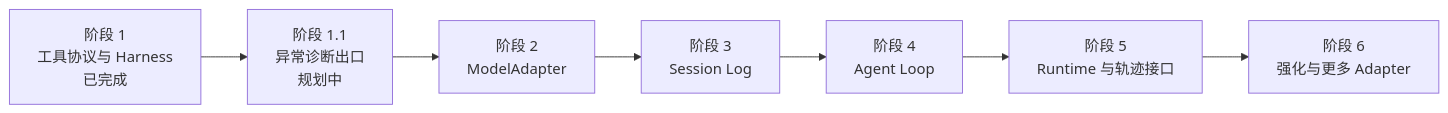
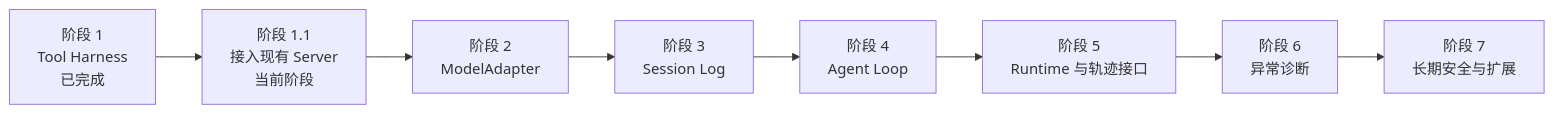
One commit to AlbertE1990/crafteHarness changed the diagram in docs/roadmap.md. Above: the diagram before and after it, drawn with Mermaid. The commit also changed other lines of this file and 16 other files, not shown here.

````diff
--- a/docs/roadmap.md
+++ b/docs/roadmap.md
@@ -13,9 +14,10 @@
 ```mermaid
 flowchart LR
-  P1[阶段 1<br/>工具协议与 Harness<br/>已完成] --> P11[阶段 1.1<br/>异常诊断出口<br/>规划中]
+  P1[阶段 1<br/>Tool Harness<br/>已完成] --> P11[阶段 1.1<br/>接入现有 Server<br/>当前阶段]
   P11 --> P2[阶段 2<br/>ModelAdapter]
   P2 --> P3[阶段 3<br/>Session Log]
   P3 --> P4[阶段 4<br/>Agent Loop]
   P4 --> P5[阶段 5<br/>Runtime 与轨迹接口]
-  P5 --> P6[阶段 6<br/>强化与更多 Adapter]
+  P5 --> P6[阶段 6<br/>异常诊断]
+  P6 --> P7[阶段 7<br/>长期安全与扩展]
 ```
````
